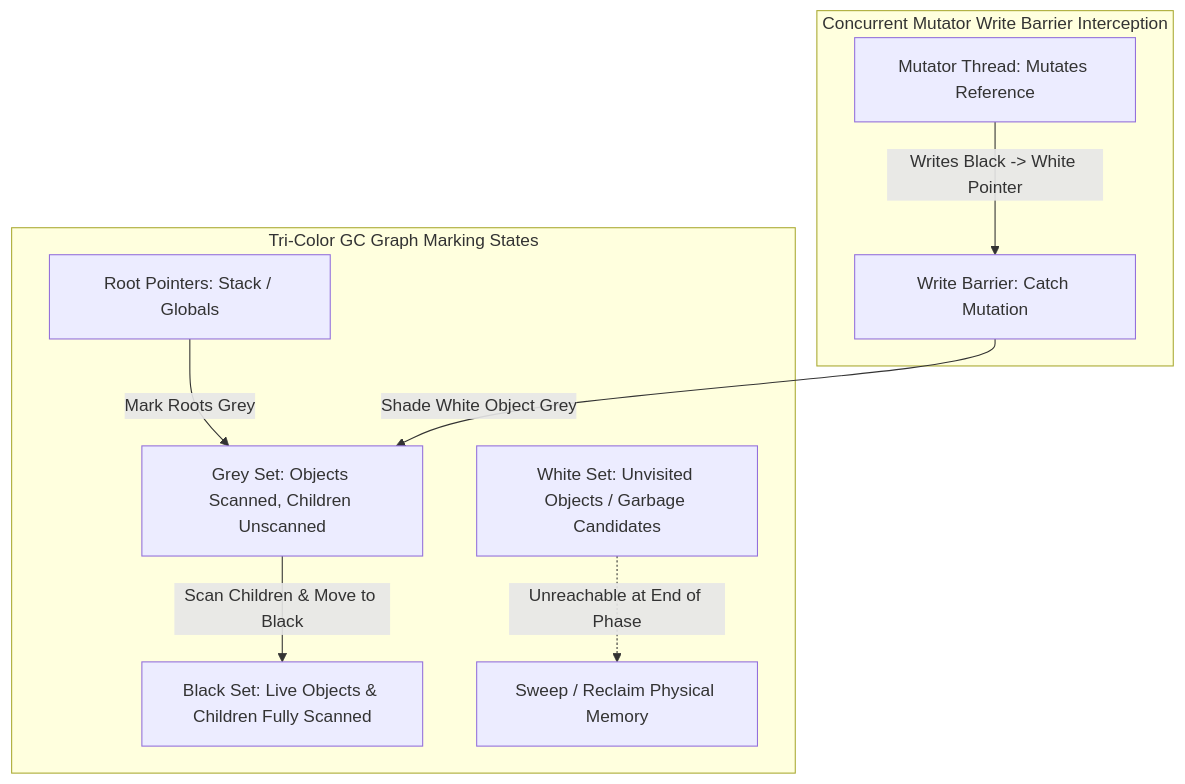
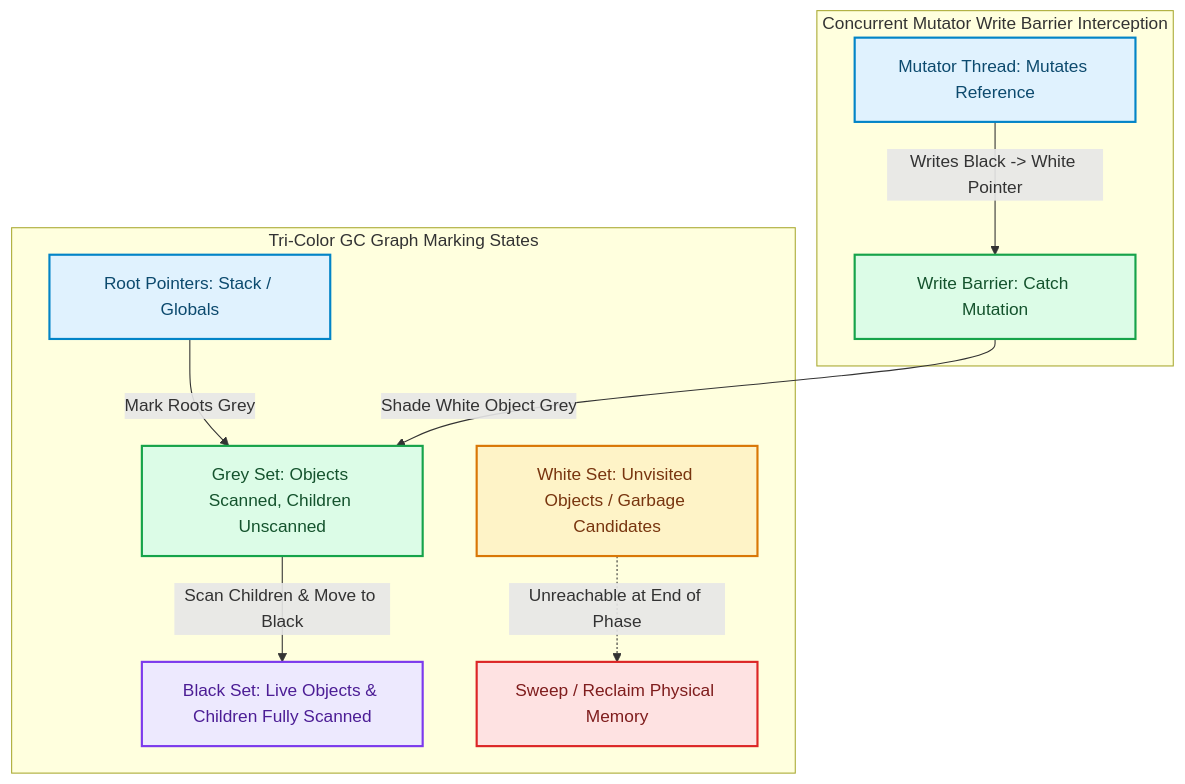
One commit to akmalkhaniub/akmalkhaniub.github.io changed the diagram in blog/posts/garbage-collection-mechanics-tricolor-marking-concurrent-compaction.md. Above: the diagram before and after it, drawn with Mermaid. The commit also changed other lines of this file and 1291 other files, not shown here.

First line of the commit message:
feat(catalog): unique covers, scholarly references, and diagram palettes

````diff
--- a/blog/posts/garbage-collection-mechanics-tricolor-marking-concurrent-compaction.md
+++ b/blog/posts/garbage-collection-mechanics-tricolor-marking-concurrent-compaction.md
@@ -17,15 +17,26 @@
 ```mermaid
 flowchart TD
   subgraph SG1_TriColorGc ["Tri-Color GC Graph Marking States"]
-    Root[Root Pointers: Stack / Globals] -->|Mark Roots Grey| GreySet[Grey Set: Objects Scanned, Children Unscanned]
+    Root["Root Pointers: Stack / Globals"] -->|Mark Roots Grey| GreySet["Grey Set: Objects Scanned, Children Unscanned"]
     
-    GreySet -->|Scan Children & Move to Black| BlackSet[Black Set: Live Objects & Children Fully Scanned]
+    GreySet -->|Scan Children & Move to Black| BlackSet["Black Set: Live Objects & Children Fully Scanned"]
     
-    WhiteSet[White Set: Unvisited Objects / Garbage Candidates] -.->|Unreachable at End of Phase| Sweep[Sweep / Reclaim Physical Memory]
+    WhiteSet["White Set: Unvisited Objects / Garbage Candidates"] -.->|Unreachable at End of Phase| Sweep["Sweep / Reclaim Physical Memory"]
   end
   
   subgraph SG2_ConcurrentMutatorWrite ["Concurrent Mutator Write Barrier Interception"]
-    Mutator[Mutator Thread: Mutates Reference] -->|Writes Black -> White Pointer| WriteBarrier[Write Barrier: Catch Mutation]
+    Mutator["Mutator Thread: Mutates Reference"] -->|Writes Black -> White Pointer| WriteBarrier["Write Barrier: Catch Mutation"]
     WriteBarrier -->|Shade White Object Grey| GreySet
   end
+
+classDef green fill:#dcfce7,stroke:#16a34a,stroke-width:2px,color:#14532d;
+classDef red fill:#fee2e2,stroke:#dc2626,stroke-width:2px,color:#7f1d1d;
+classDef blue fill:#e0f2fe,stroke:#0284c7,stroke-width:2px,color:#0c4a6e;
+classDef yellow fill:#fef3c7,stroke:#d97706,stroke-width:2px,color:#78350f;
+classDef purple fill:#ede9fe,stroke:#7c3aed,stroke-width:2px,color:#4c1d95;
+class Root,Mutator blue
+class GreySet,WriteBarrier green
+class BlackSet purple
+class WhiteSet yellow
+class Sweep red
 ```
````
